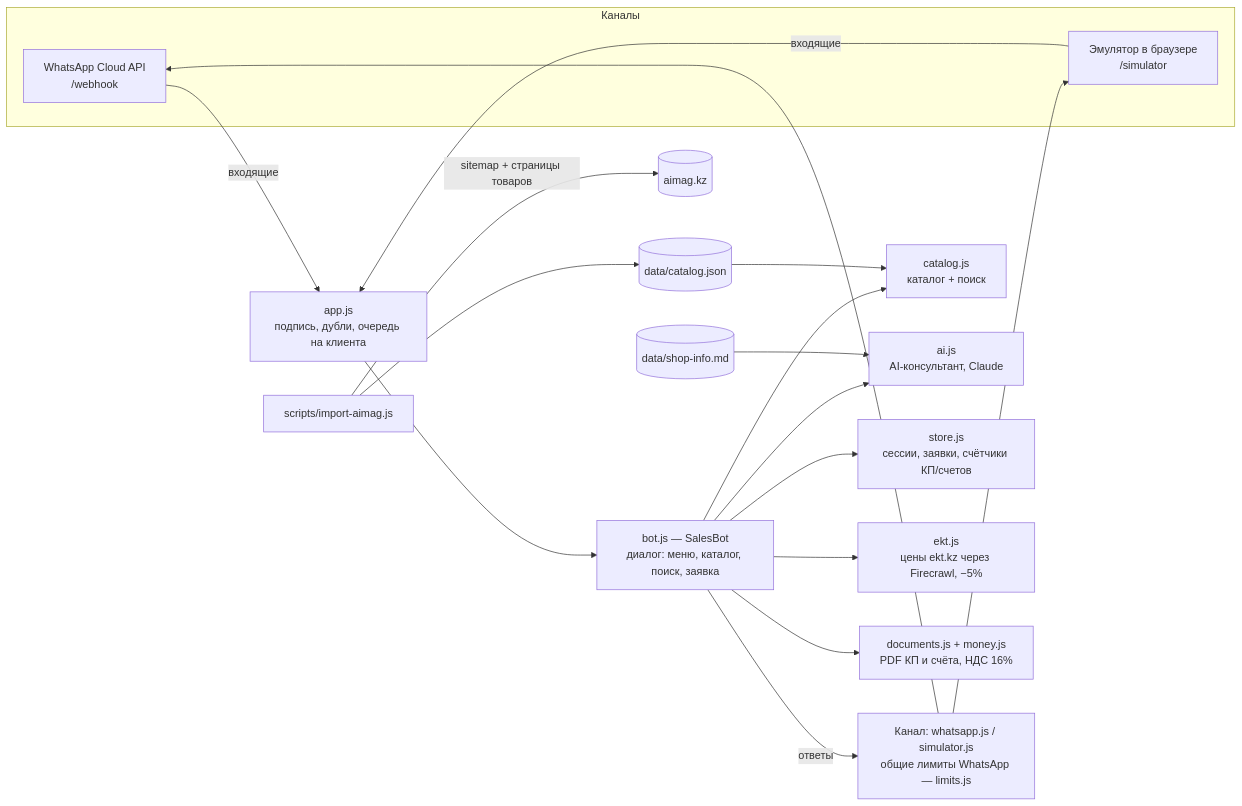
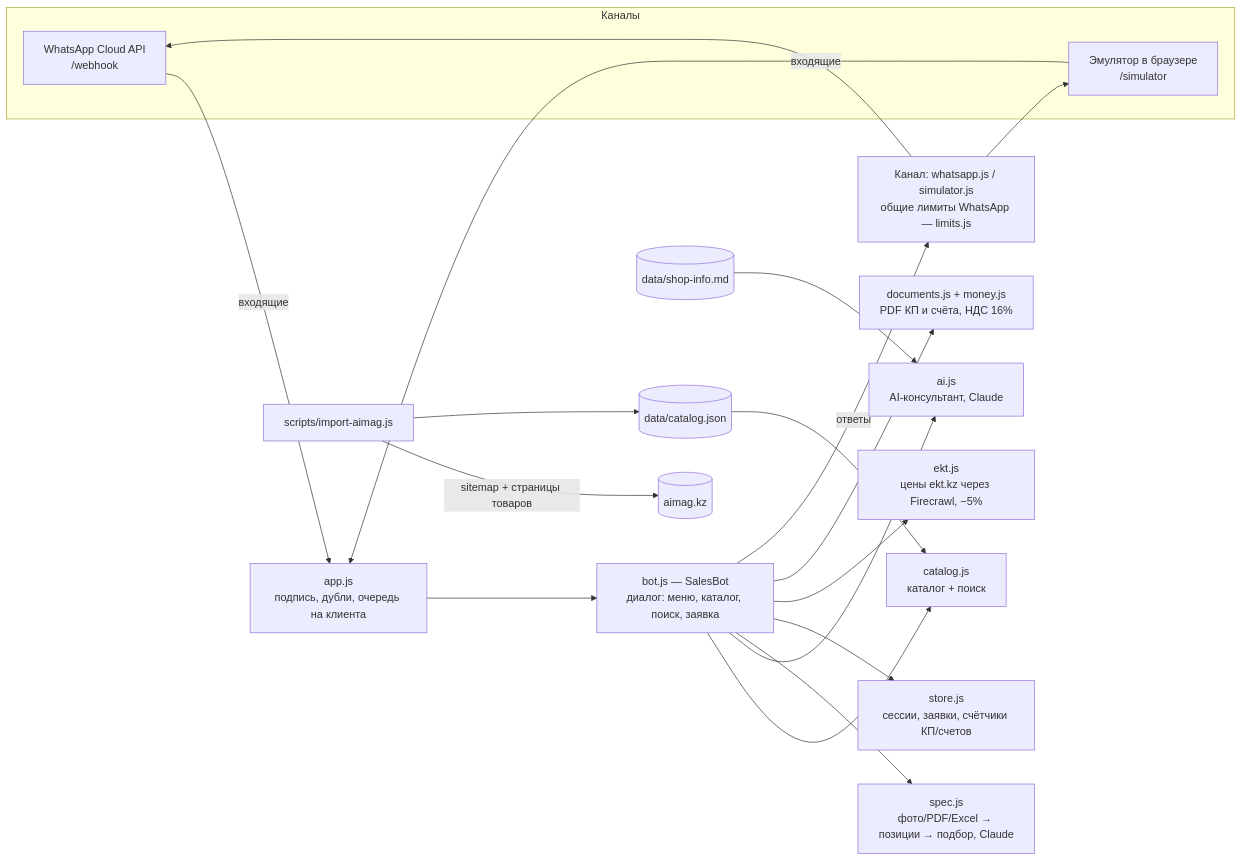
Before and after one commit to openaimag-dao/Whatsappbot: the diagram in ARCHITECTURE.md, drawn with Mermaid. The commit also changed other lines of this file and 13 other files, not shown here.

First line of the commit message:
Разбор спецификаций из фото, PDF и Excel

````diff
--- a/ARCHITECTURE.md
+++ b/ARCHITECTURE.md
@@ -3,23 +3,24 @@
 ```mermaid
 flowchart LR
   subgraph Каналы
     WA[WhatsApp Cloud API<br/>/webhook]
     SIM[Эмулятор в браузере<br/>/simulator]
   end
   WA -- входящие --> APP
   SIM -- входящие --> APP
   APP[app.js<br/>подпись, дубли, очередь на клиента] --> BOT
   BOT[bot.js — SalesBot<br/>диалог: меню, каталог, поиск, заявка]
   BOT --> CAT[catalog.js<br/>каталог + поиск]
   BOT --> AI[ai.js<br/>AI-консультант, Claude]
+  BOT --> SPEC[spec.js<br/>фото/PDF/Excel → позиции → подбор, Claude]
   BOT --> ST[store.js<br/>сессии, заявки, счётчики КП/счетов]
   BOT --> EKT[ekt.js<br/>цены ekt.kz через Firecrawl, −5%]
   BOT --> DOC[documents.js + money.js<br/>PDF КП и счёта, НДС 16%]
   BOT -- ответы --> CH[Канал: whatsapp.js / simulator.js<br/>общие лимиты WhatsApp — limits.js]
   CH --> WA
   CH --> SIM
   IMP[scripts/import-aimag.js] -- sitemap + страницы товаров --> SITE[(aimag.kz)]
   IMP --> CATJSON[(data/catalog.json)]
   CATJSON --> CAT
   INFO[(data/shop-info.md)] --> AI
 ```
````
